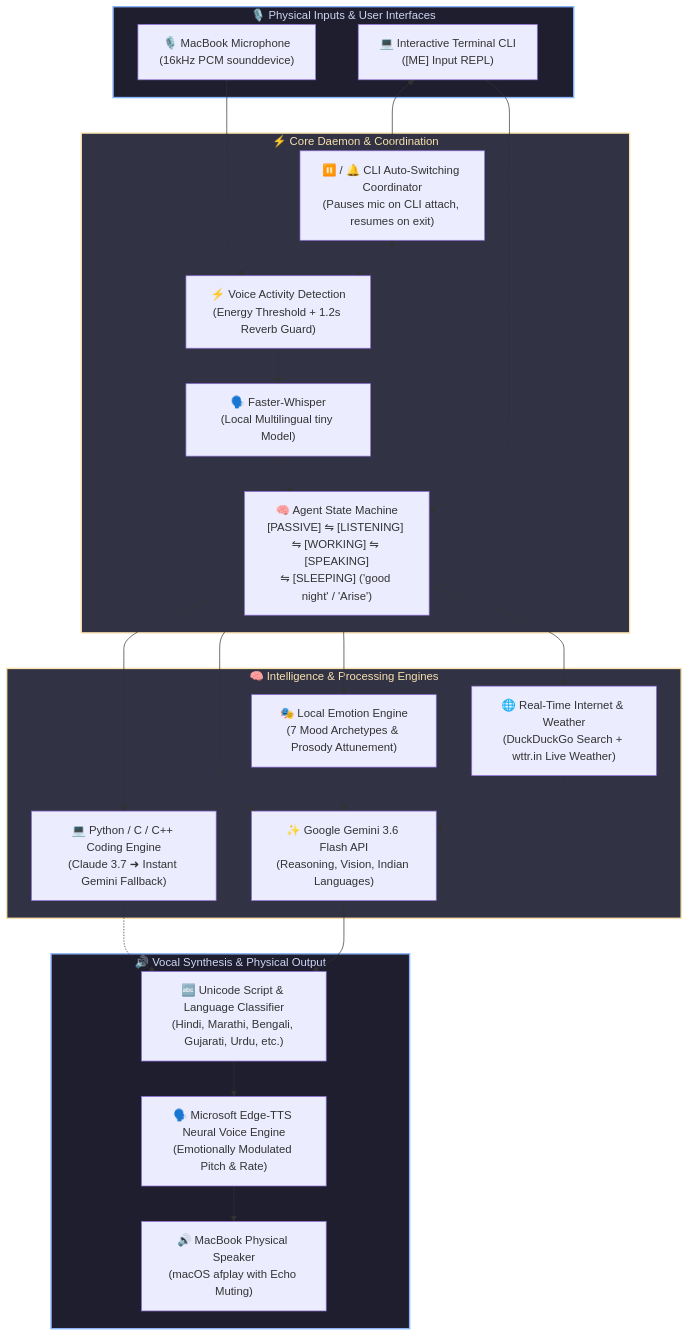
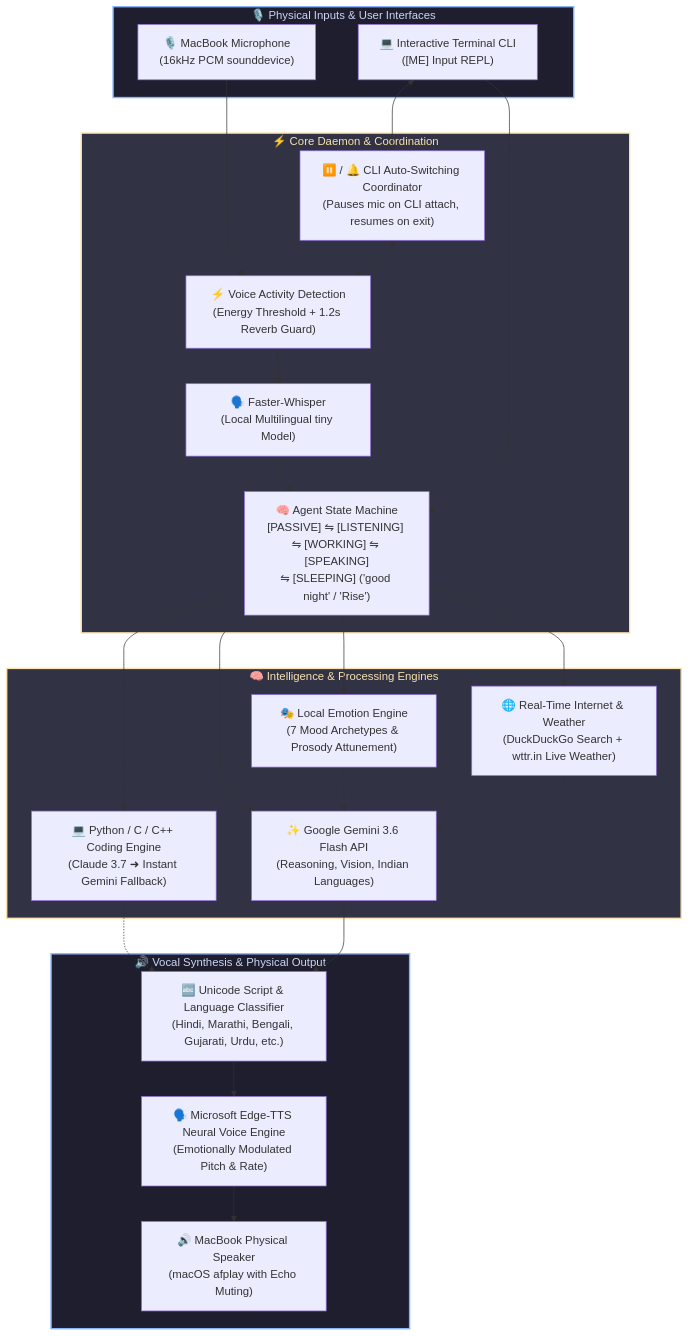
One commit to ashwintelangstark/january.systems changed the first of 5 diagrams in README.md. Above: the diagram before and after it, drawn with Mermaid. The commit also changed other lines of this file and 13 other files, not shown here.

````diff
--- a/README.md
+++ b/README.md
@@ -18,46 +18,46 @@
 ```mermaid
 flowchart TD
     subgraph Inputs ["🎙️ Physical Inputs & User Interfaces"]
         MIC["🎙️ MacBook Microphone<br/>(16kHz PCM sounddevice)"]
         CLI["💻 Interactive Terminal CLI<br/>([ME] Input REPL)"]
     end
 
     subgraph Daemon ["⚡ Core Daemon & Coordination"]
         VAD["⚡ Voice Activity Detection<br/>(Energy Threshold + 1.2s Reverb Guard)"]
         STT["🗣️ Faster-Whisper<br/>(Local Multilingual tiny Model)"]
         SW["⏸️ / 🔔 CLI Auto-Switching Coordinator<br/>(Pauses mic on CLI attach, resumes on exit)"]
-        STATE["🧠 Agent State Machine<br/>[PASSIVE] ⇋ [LISTENING] ⇋ [WORKING] ⇋ [SPEAKING]<br/>⇋ [SLEEPING] ('good night' / 'Arise')"]
+        STATE["🧠 Agent State Machine<br/>[PASSIVE] ⇋ [LISTENING] ⇋ [WORKING] ⇋ [SPEAKING]<br/>⇋ [SLEEPING] ('good night' / 'Rise')"]
     end
 
     subgraph Intelligence ["🧠 Intelligence & Processing Engines"]
         EMO["🎭 Local Emotion Engine<br/>(7 Mood Archetypes & Prosody Attunement)"]
         WEB["🌐 Real-Time Internet & Weather<br/>(DuckDuckGo Search + wttr.in Live Weather)"]
         CODE["💻 Python / C / C++ Coding Engine<br/>(Claude 3.7 ➜ Instant Gemini Fallback)"]
         GEM["✨ Google Gemini 3.6 Flash API<br/>(Reasoning, Vision, Indian Languages)"]
     end
 
     subgraph Synthesis ["🔊 Vocal Synthesis & Physical Output"]
         ROUTER["🔤 Unicode Script & Language Classifier<br/>(Hindi, Marathi, Bengali, Gujarati, Urdu, etc.)"]
         TTS["🗣️ Microsoft Edge-TTS Neural Voice Engine<br/>(Emotionally Modulated Pitch & Rate)"]
         SPEAKER["🔊 MacBook Physical Speaker<br/>(macOS afplay with Echo Muting)"]
     end
 
     MIC --> VAD --> STT --> STATE
     CLI <--> SW <--> VAD
     CLI --> STATE
     STATE --> EMO
     STATE --> WEB
     STATE --> CODE
     STATE --> GEM
     EMO -.-> GEM
     WEB -.-> GEM
     CODE -.-> ROUTER
     GEM --> ROUTER
     ROUTER --> TTS --> SPEAKER
 
     classDef primary fill:#1e1e2e,stroke:#89b4fa,stroke-width:2px,color:#cdd6f4;
     classDef highlight fill:#313244,stroke:#f9e2af,stroke-width:2px,color:#f9e2af;
     classDef accent fill:#181825,stroke:#a6e3a1,stroke-width:2px,color:#a6e3a1;
     class Inputs,Synthesis primary;
     class Daemon,Intelligence highlight;
 ```
````
